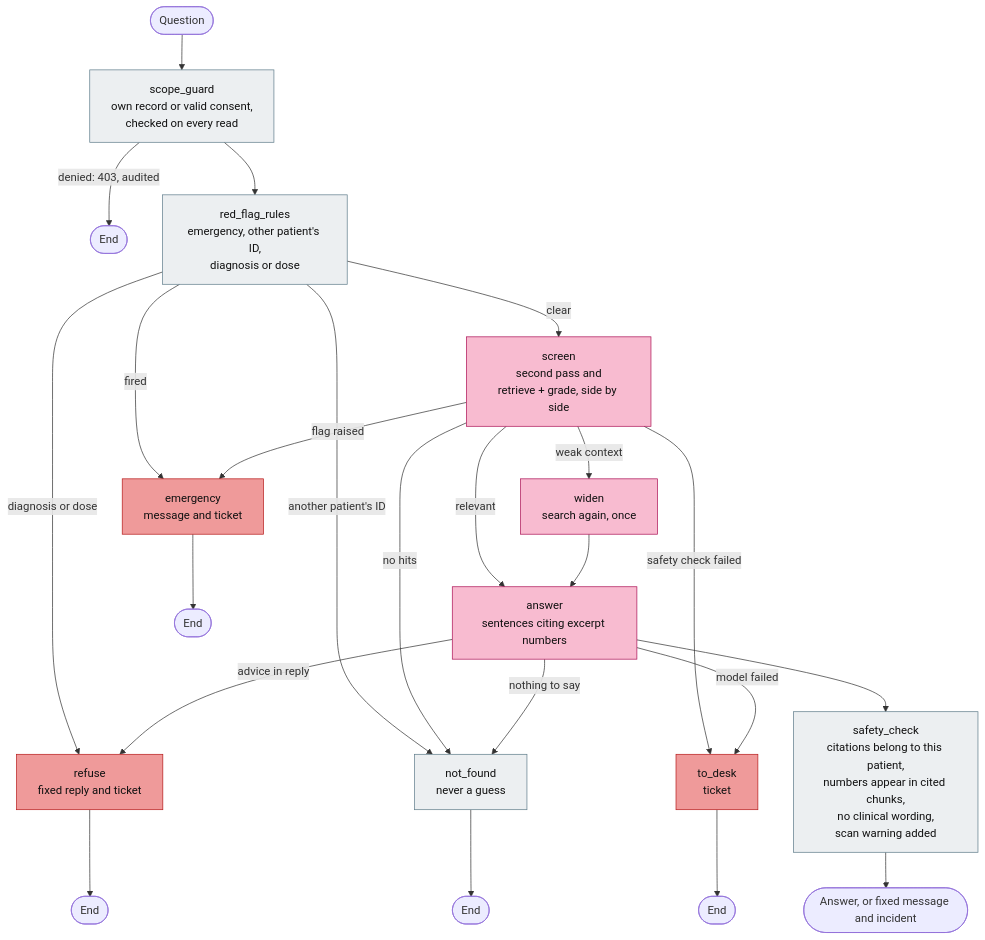
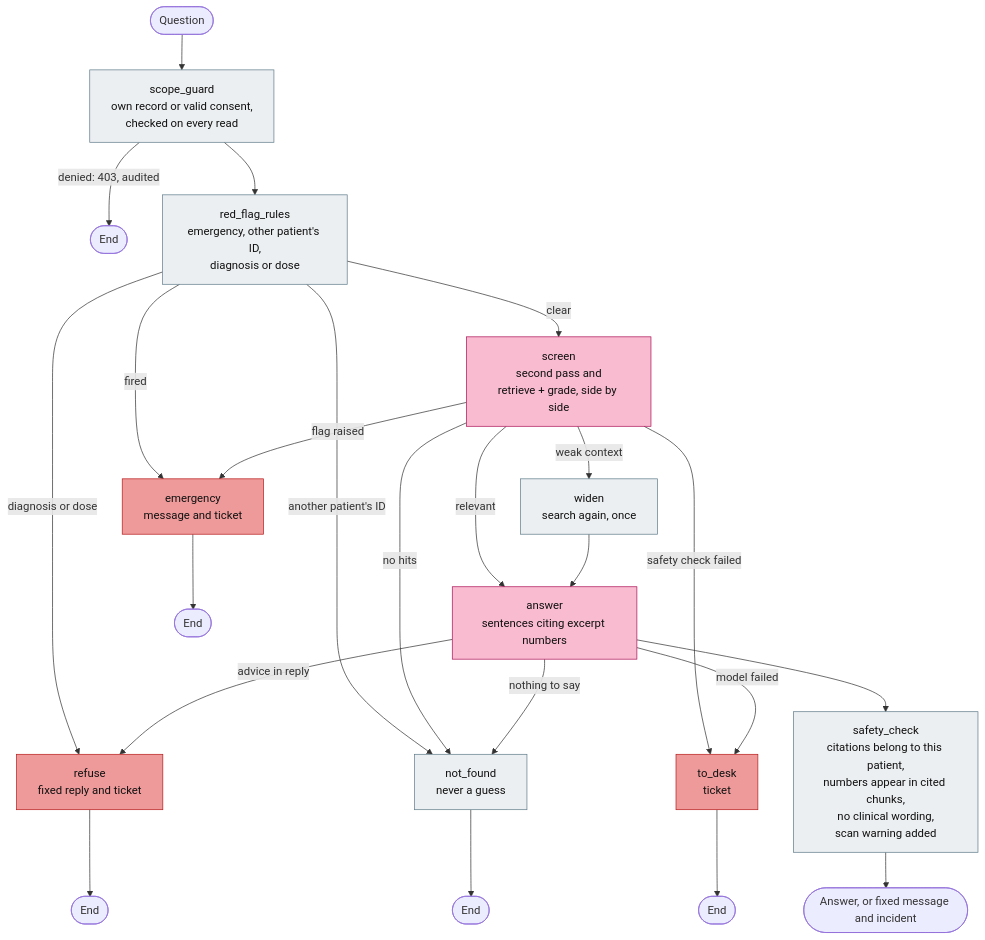
The sixth of 9 diagrams in docs/architecture-pack.md (das0777/sahyog-care-companion), drawn with Mermaid before and after one commit. The commit also changed other lines of this file and 1 other file, not shown here.

First line of the commit message:
docs: four must-fix corrections from the AI review of the architecture pack

````diff
--- a/docs/architecture-pack.md
+++ b/docs/architecture-pack.md
@@ -351,37 +352,38 @@
 ```mermaid
 flowchart TD
     start([Question]) --> scope
     scope["scope_guard<br/>own record or valid consent,<br/>checked on every read"]
     scope -->|denied: 403, audited| stop0([End])
     scope --> rules
     rules["red_flag_rules<br/>emergency, other patient's ID,<br/>diagnosis or dose"]
     rules -->|fired| emergency
     rules -->|diagnosis or dose| refuse
     rules -->|another patient's ID| notfound
     rules -->|clear| screen
     screen["screen<br/>second pass and<br/>retrieve + grade, side by side"]
     screen -->|safety check failed| todesk
     screen -->|flag raised| emergency
     screen -->|no hits| notfound
     screen -->|weak context| widen
     screen -->|relevant| answer
     widen["widen<br/>search again, once"] --> answer
     answer["answer<br/>sentences citing excerpt numbers"]
     answer -->|model failed| todesk
     answer -->|advice in reply| refuse
     answer -->|nothing to say| notfound
     answer --> safety
     safety["safety_check<br/>citations belong to this patient,<br/>numbers appear in cited chunks,<br/>no clinical wording,<br/>scan warning added"]
     safety --> stop1([Answer, or fixed message and incident])
     emergency["emergency<br/>message and ticket"] --> stop2([End])
     refuse["refuse<br/>fixed reply and ticket"] --> stop3([End])
     notfound["not_found<br/>never a guess"] --> stop4([End])
     todesk["to_desk<br/>ticket"] --> stop5([End])
 
     classDef code fill:#eceff1,stroke:#607d8b,color:#111
     classDef model fill:#f8bbd0,stroke:#ad1457,color:#111
     classDef handoff fill:#ef9a9a,stroke:#b71c1c,color:#111
     class scope,rules,safety,notfound code
-    class screen,widen,answer model
+    class widen code
+    class screen,answer model
     class emergency,refuse,todesk handoff
 ```
````
